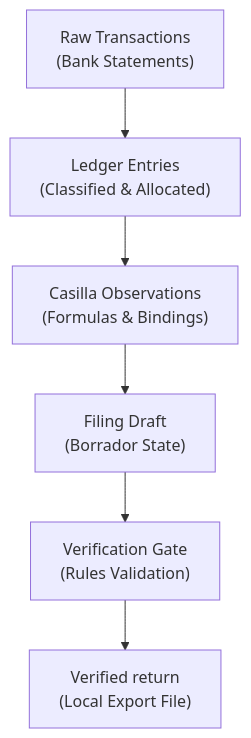
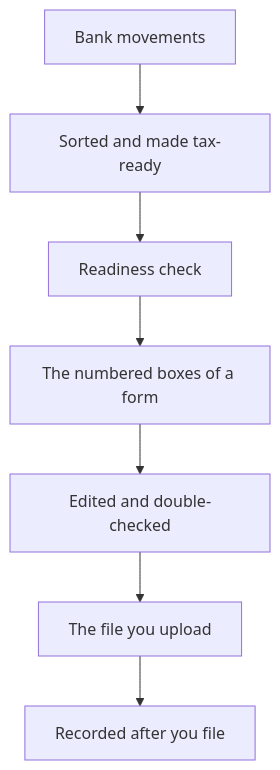
Before and after one commit to nevenincs/cadrumo: the diagram in docs/explanation/index.md, drawn with Mermaid. The commit also changed other lines of this file and 453 other files, not shown here.

````diff
--- a/docs/explanation/index.md
+++ b/docs/explanation/index.md
@@ -52,8 +35,9 @@
 ```mermaid
 graph TD
-    A["Raw Transactions\n(Bank Statements)"] --> B["Ledger Entries\n(Classified & Allocated)"]
-    B --> C["Casilla Observations\n(Formulas & Bindings)"]
-    C --> D["Filing Draft\n(Borrador State)"]
-    D --> E["Verification Gate\n(Rules Validation)"]
-    E --> F["Verified return\n(Local Export File)"]
+    A["Bank movements"] --> B["Sorted and made tax-ready"]
+    B --> C["Readiness check"]
+    C --> D["The numbered boxes of a form"]
+    D --> E["Edited and double-checked"]
+    E --> F["The file you upload"]
+    F --> G["Recorded after you file"]
 ```
````
